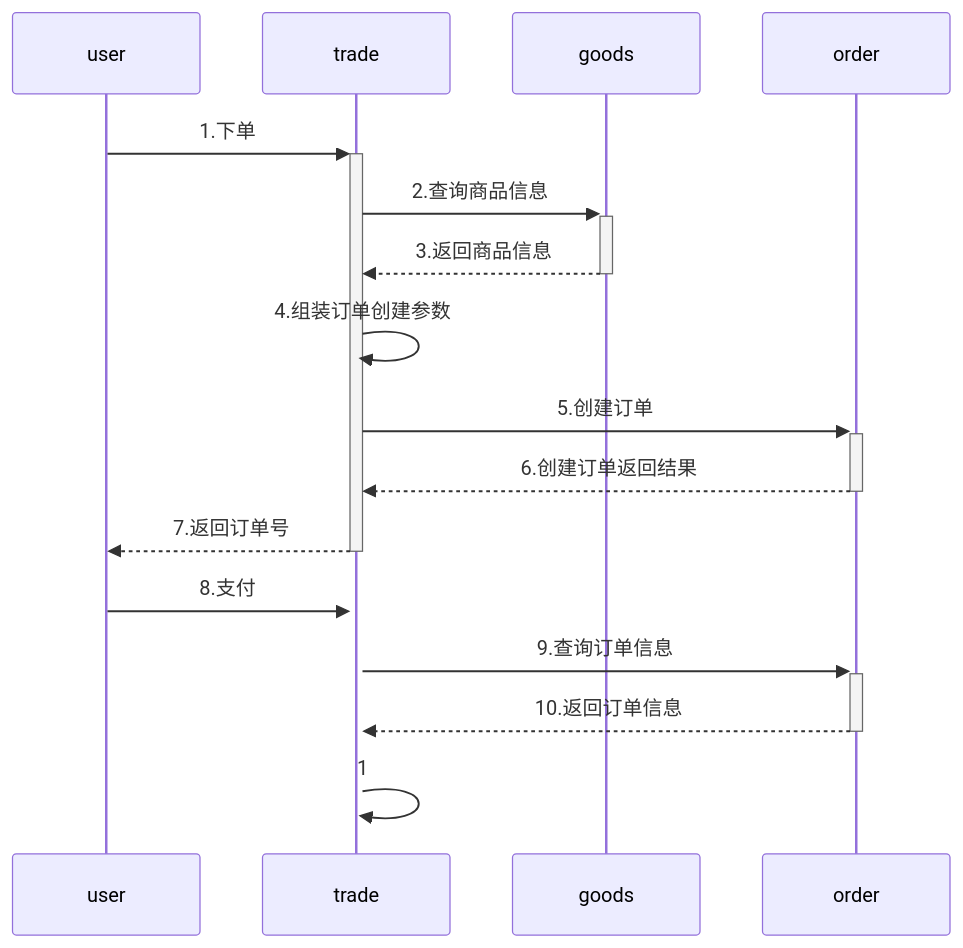
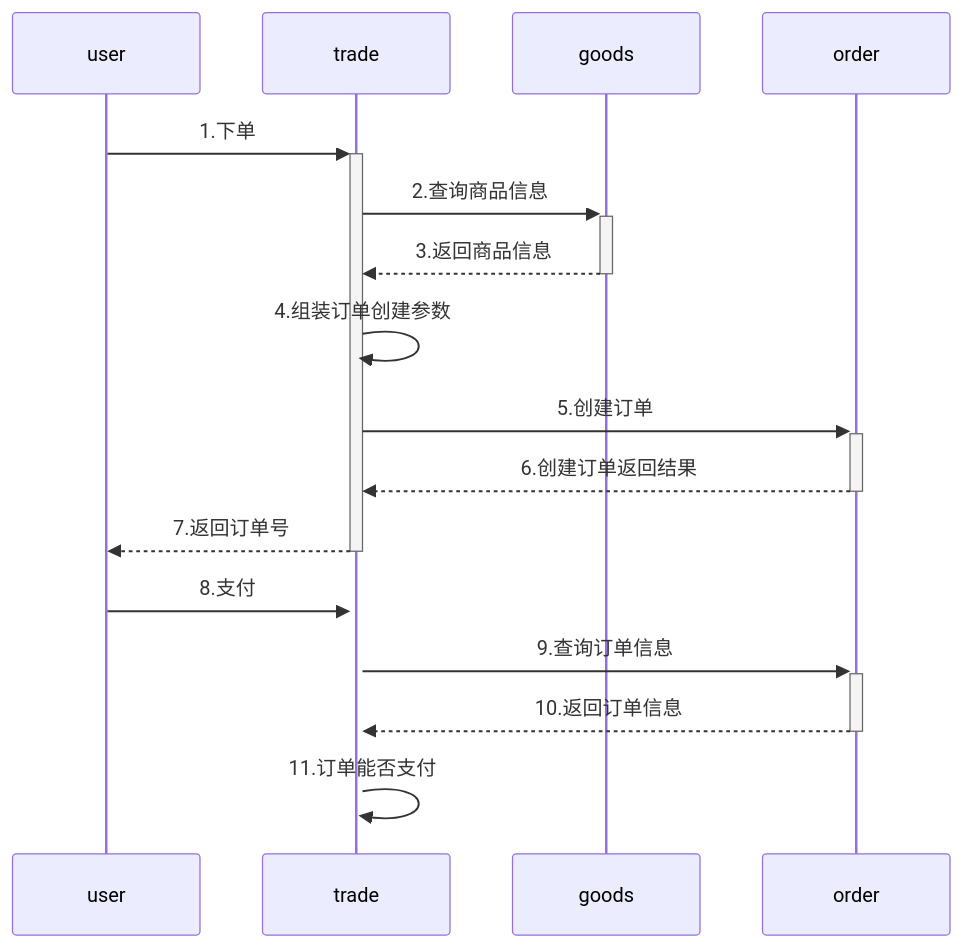
The diagram in all/未命名-6.md (yingjianzh/iodraw-files), drawn with Mermaid before and after one commit.

Commit message:
2024-08-19 15:45:29 update

````diff
--- a/all/未命名-6.md
+++ b/all/未命名-6.md
@@ -1,14 +1,14 @@
 ```mermaid
 sequenceDiagram
     user->>+trade: 1.下单
     trade->>+goods: 2.查询商品信息
     goods-->>-trade: 3.返回商品信息
     trade->>trade: 4.组装订单创建参数
     trade->>+order: 5.创建订单
     order-->>-trade: 6.创建订单返回结果
     trade-->>-user: 7.返回订单号
     user->>+trade: 8.支付
     trade->>+order: 9.查询订单信息
     order-->>-trade: 10.返回订单信息
-    trade->>trade:1
+    trade->>trade: 11.订单能否支付
 ```
````
